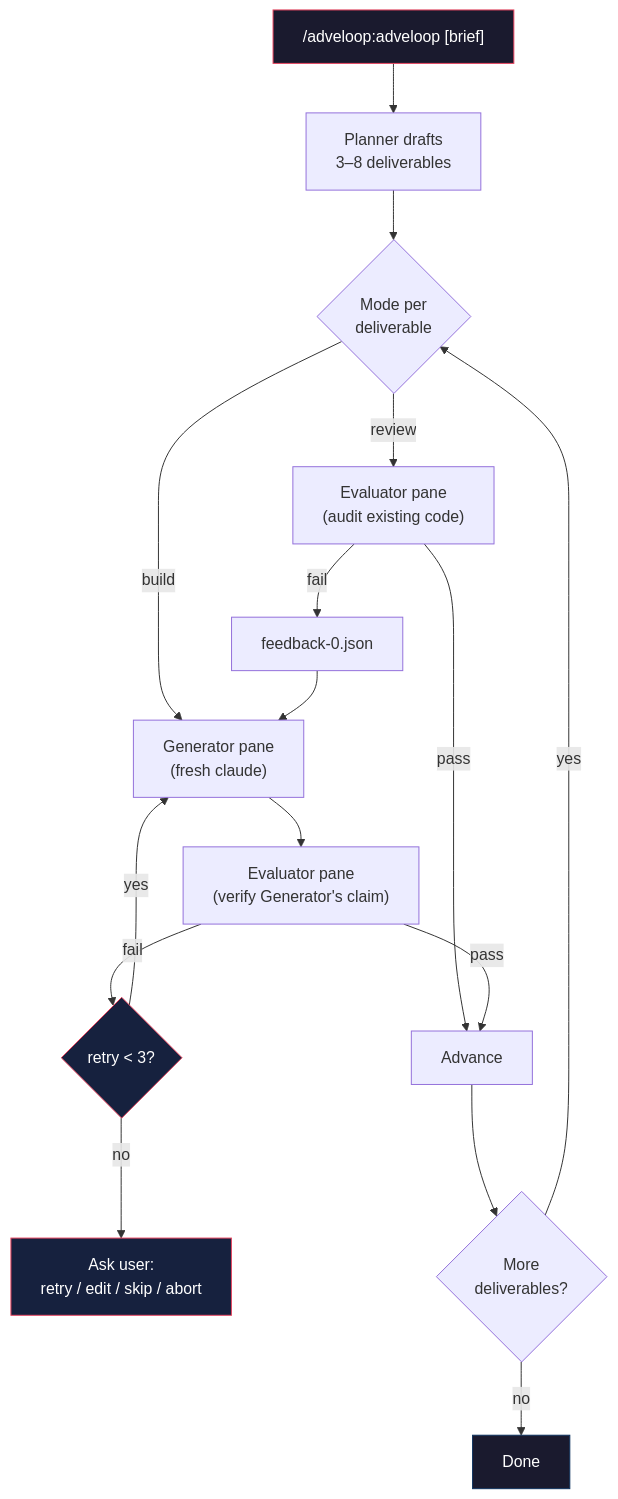
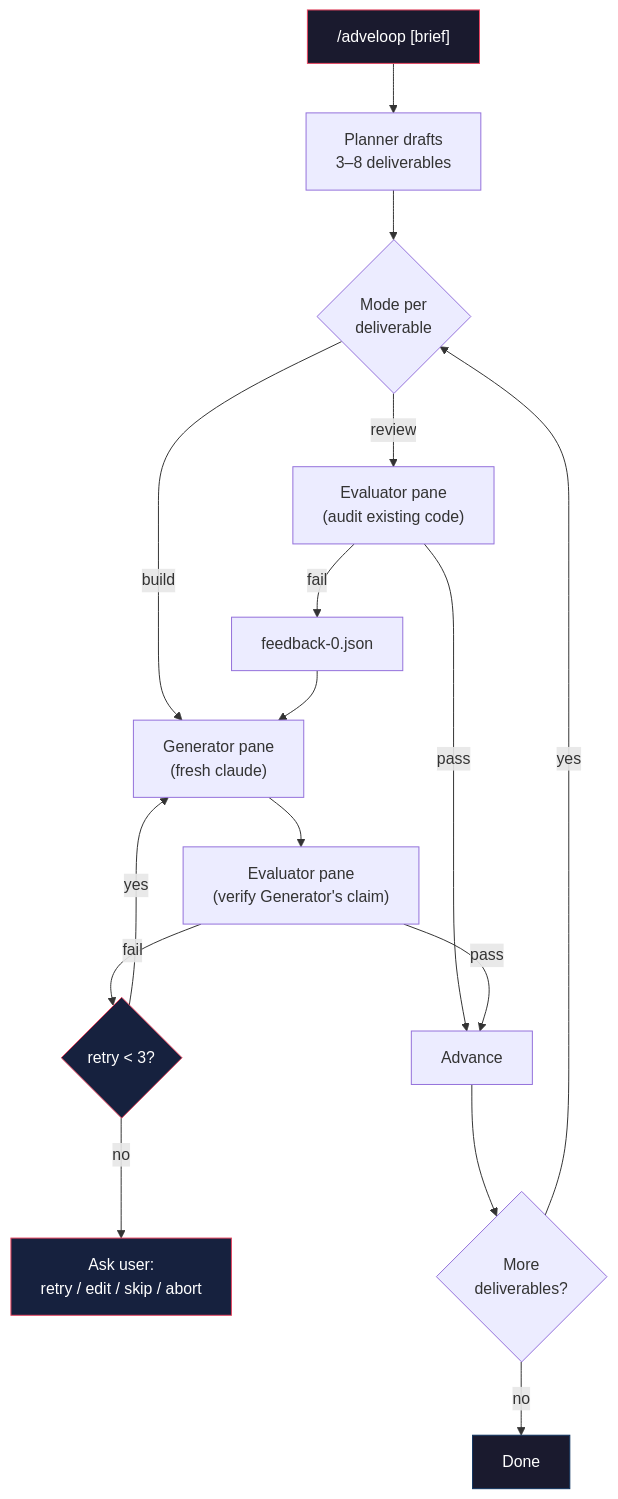
The diagram in skills/adveloop/README.md (ph3on1x/agent-plugins-skills), drawn with Mermaid before and after one commit. The commit also changed other lines of this file and 1 other file, not shown here.

First line of the commit message:
docs: use bare /adveloop invocation in user-facing examples

````diff
--- a/skills/adveloop/README.md
+++ b/skills/adveloop/README.md
@@ -101,23 +101,23 @@
 ```mermaid
 flowchart TD
-    A["/adveloop:adveloop [brief]"] --> B["Planner drafts<br>3–8 deliverables"]
+    A["/adveloop [brief]"] --> B["Planner drafts<br>3–8 deliverables"]
     B --> C{"Mode per<br>deliverable"}
     C -- build --> D["Generator pane<br>(fresh claude)"]
     C -- review --> E["Evaluator pane<br>(audit existing code)"]
     D --> F["Evaluator pane<br>(verify Generator's claim)"]
     E -- pass --> I["Advance"]
     E -- fail --> G["feedback-0.json"]
     G --> D
     F -- pass --> I
     F -- fail --> H{"retry &lt; 3?"}
     H -- yes --> D
     H -- no --> J["Ask user:<br>retry / edit / skip / abort"]
     I --> K{"More<br>deliverables?"}
     K -- yes --> C
     K -- no --> L["Done"]
 
     style A fill:#1a1a2e,stroke:#e94560,color:#fff
     style L fill:#1a1a2e,stroke:#0f3460,color:#fff
     style H fill:#16213e,stroke:#e94560,color:#fff
     style J fill:#16213e,stroke:#e94560,color:#fff
 ```
````
